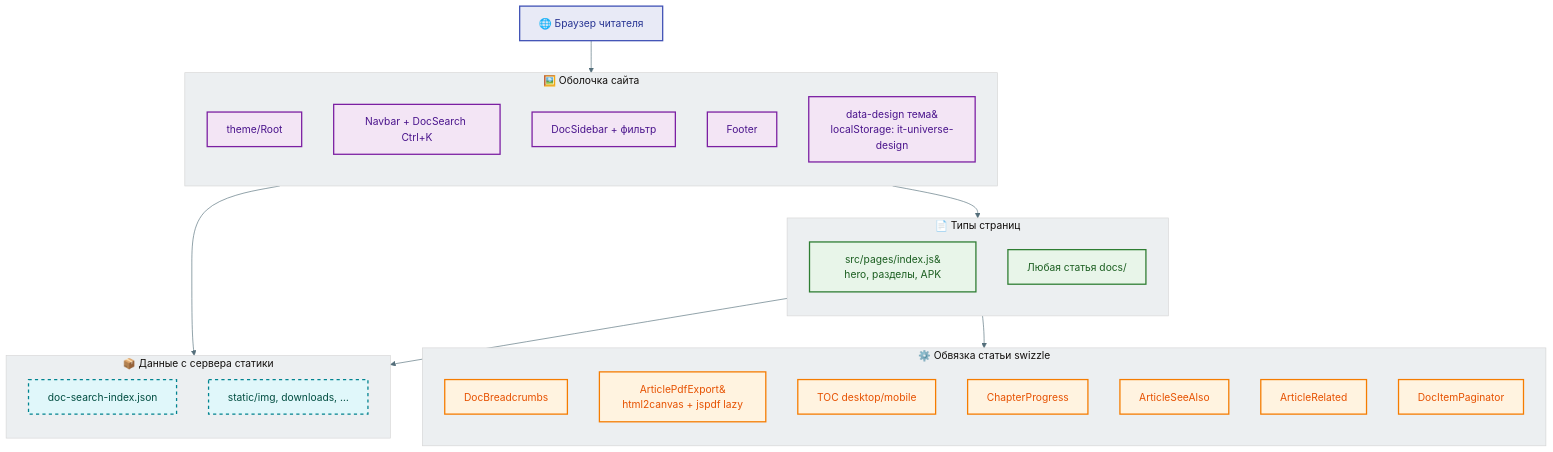
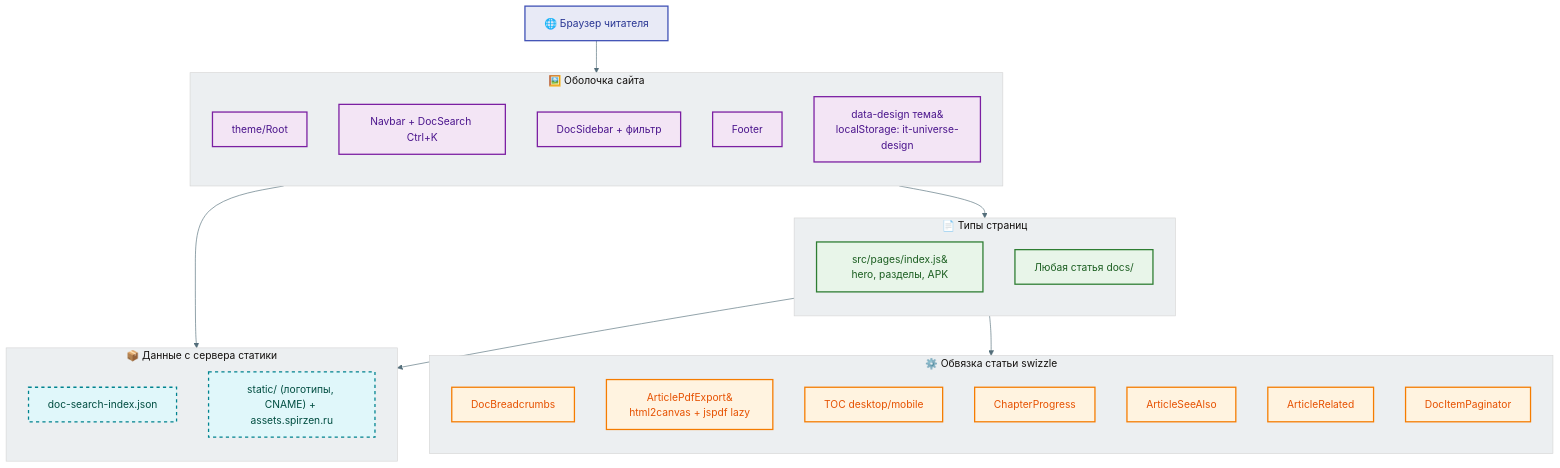
Before and after one commit to Spirzen/it-knowledge-base: the sixth of 13 diagrams in info/ARCHITECTURE.md, drawn with Mermaid. The commit also changed other lines of this file and 890 other files, not shown here.

````diff
--- a/info/ARCHITECTURE.md
+++ b/info/ARCHITECTURE.md
@@ -357,53 +357,53 @@
 ```mermaid
 %%{init: {'theme': 'base', 'themeVariables': { 'primaryColor': '#e3f2fd', 'primaryTextColor': '#0d47a1', 'primaryBorderColor': '#1565c0', 'lineColor': '#546e7a', 'secondaryColor': '#f5f5f5', 'tertiaryColor': '#eceff1'}}}%%
 
 flowchart TD
   %% === СТИЛИ ===
   classDef browser fill:#e8eaf6,stroke:#3f51b5,stroke-width:2px,color:#283593
   classDef shell fill:#f3e5f5,stroke:#7b1fa2,stroke-width:2px,color:#4a148c
   classDef pageTypes fill:#e8f5e9,stroke:#2e7d32,stroke-width:2px,color:#1b5e20
   classDef docChrome fill:#fff3e0,stroke:#f57c00,stroke-width:2px,color:#e65100
   classDef clientData fill:#e0f7fa,stroke:#00838f,stroke-width:2px,color:#004d40,stroke-dasharray: 5 5
 
   %% === УЗЛЫ ===
   Browser["🌐 Браузер читателя"]:::browser
 
   subgraph shell ["🖼️ Оболочка сайта"]
     direction TD
     RootTheme["theme/Root"]:::shell
     Navbar["Navbar + DocSearch Ctrl+K"]:::shell
     Sidebar["DocSidebar + фильтр"]:::shell
     Footer["Footer"]:::shell
     Design["data-design тема&#10;localStorage: it-universe-design"]:::shell
   end
 
   subgraph pageTypes ["📄 Типы страниц"]
     direction TD
     Home["src/pages/index.js&#10;hero, разделы, APK"]:::pageTypes
     DocPage["Любая статья docs/"]:::pageTypes
   end
 
   subgraph docChrome ["⚙️ Обвязка статьи swizzle"]
     direction TD
     Breadcrumbs["DocBreadcrumbs"]:::docChrome
     PDF["ArticlePdfExport&#10;html2canvas + jspdf lazy"]:::docChrome
     TOC["TOC desktop/mobile"]:::docChrome
     Progress["ChapterProgress"]:::docChrome
     SeeAlso["ArticleSeeAlso"]:::docChrome
     Related["ArticleRelated"]:::docChrome
     Paginator["DocItemPaginator"]:::docChrome
   end
 
   subgraph clientData ["📦 Данные с сервера статики"]
     direction TB
     SearchJSON["doc-search-index.json"]:::clientData
-    StaticFiles["static/img, downloads, …"]:::clientData
+    StaticFiles["static/ (логотипы, CNAME) + assets.spirzen.ru"]:::clientData
   end
 
   %% === СВЯЗИ ===
   Browser --> shell
   shell --> pageTypes
   DocPage --> docChrome
   Navbar --> SearchJSON
   Home --> StaticFiles
 ```
````
